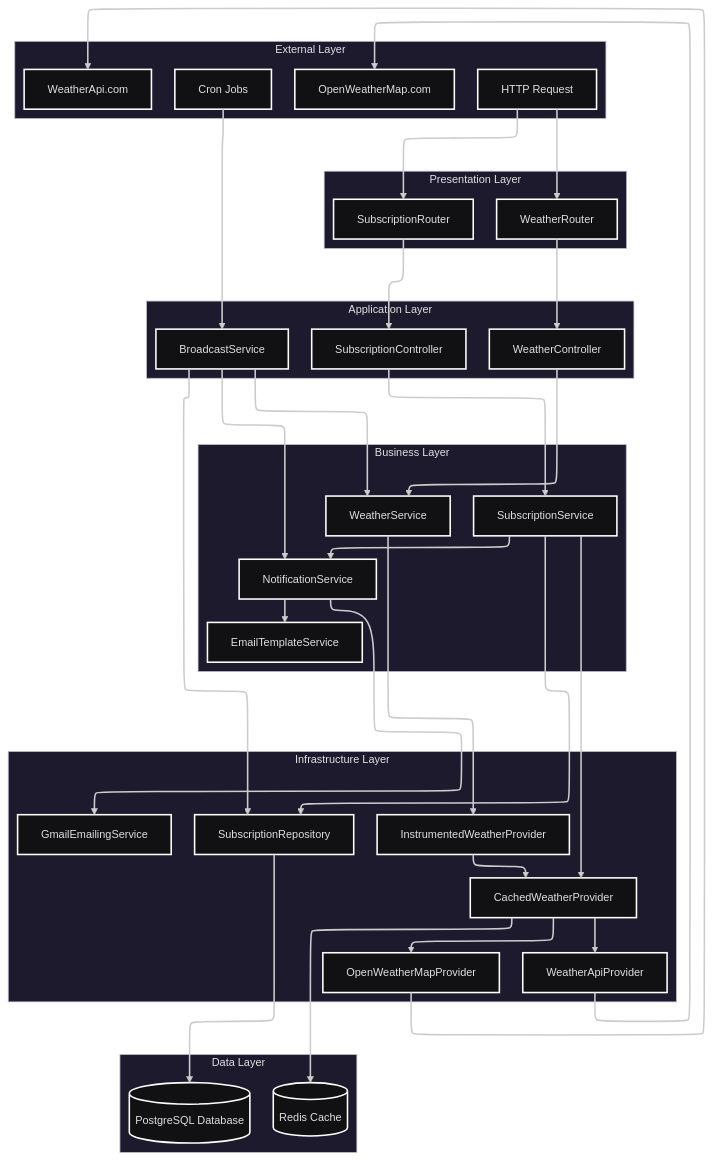
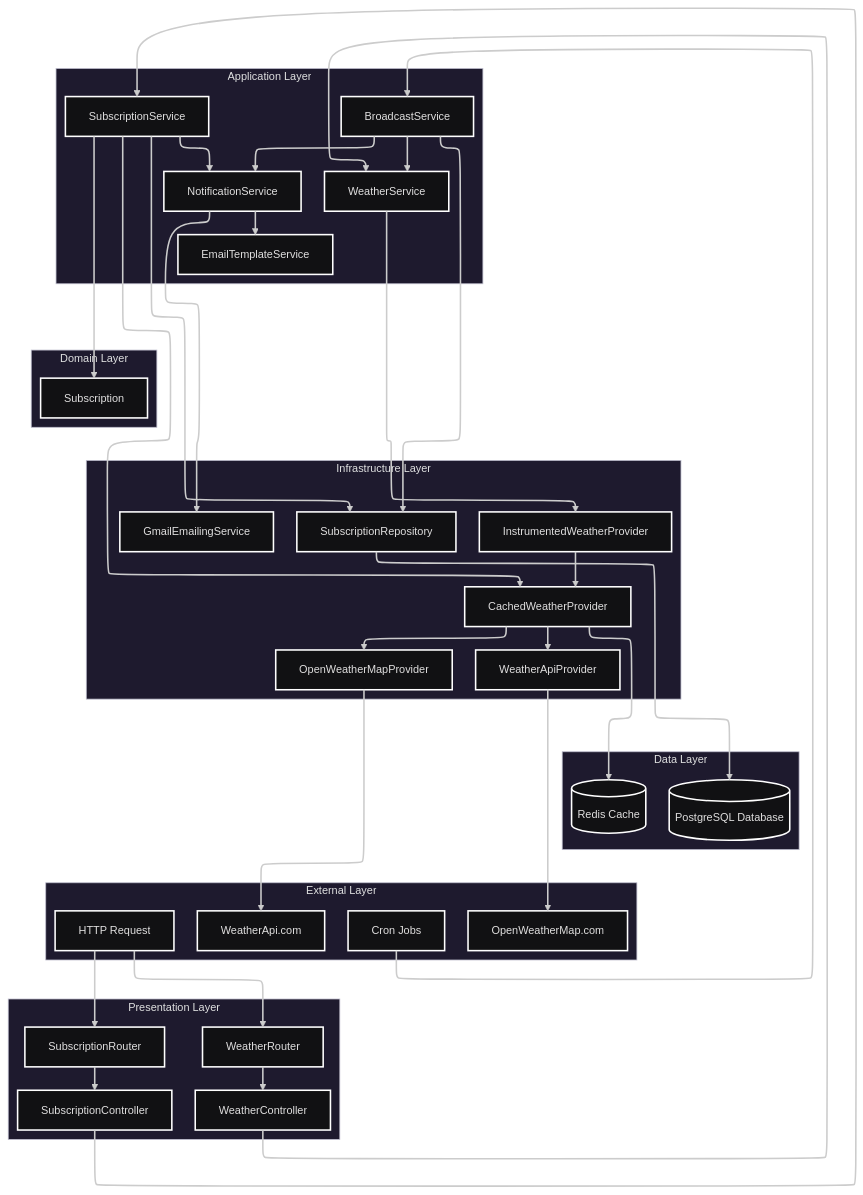
Before and after one commit to GenesisEducationKyiv/software-engineering-school-5-0-volodymyr-malishevskyi: the diagram in backend/docs/Architecture.md, drawn with Mermaid. The commit also changed 1 other file, not shown here.

Commit message:
Refactor architecture documentation to clarify layer structure and relationships

````diff
--- a/backend/docs/Architecture.md
+++ b/backend/docs/Architecture.md
@@ -17,21 +17,22 @@
     subgraph PL["Presentation Layer"]
         WeatherRouter[WeatherRouter]
         SubscriptionRouter[SubscriptionRouter]
+        WeatherController[WeatherController]
+        SubscriptionController[SubscriptionController]
     end
 
     %% Application Layer
     subgraph AL["Application Layer"]
-        WeatherController[WeatherController]
-        SubscriptionController[SubscriptionController]
         BroadcastService[BroadcastService]
-    end
-
-    %% Business Layer
-    subgraph BL["Business Layer"]
         WeatherService[WeatherService]
         SubscriptionService[SubscriptionService]
         NotificationService[NotificationService]
         EmailTemplateService[EmailTemplateService]
+    end
+
+    %% Business Layer
+    subgraph DL["Domain Layer"]
+        Subscription
     end
 
     %% Infrastructure Layer
@@ -45,7 +46,7 @@
     end
 
     %% Data Layer
-    subgraph DL["Data Layer"]
+    subgraph DBL["Data Layer"]
         Redis[(Redis Cache)]
         PostgreSQL[(PostgreSQL Database)]
     end
@@ -72,6 +73,7 @@
     SubscriptionService --> SubscriptionRepository
     SubscriptionService --> CachedWeatherProvider
     SubscriptionService --> NotificationService
+    SubscriptionService --> Subscription
     SubscriptionRepository --> PostgreSQL
 
     %% Broadcast flow
@@ -83,5 +85,5 @@
     NotificationService --> EmailTemplateService
     NotificationService --> GmailEmailingService
 
-    EL ~~~ PL ~~~ AL ~~~ BL ~~~ IL ~~~ DL
+    PL ~~~ AL ~~~ DL ~~~ IL ~~~ DBL ~~~ EL
 ```
````
